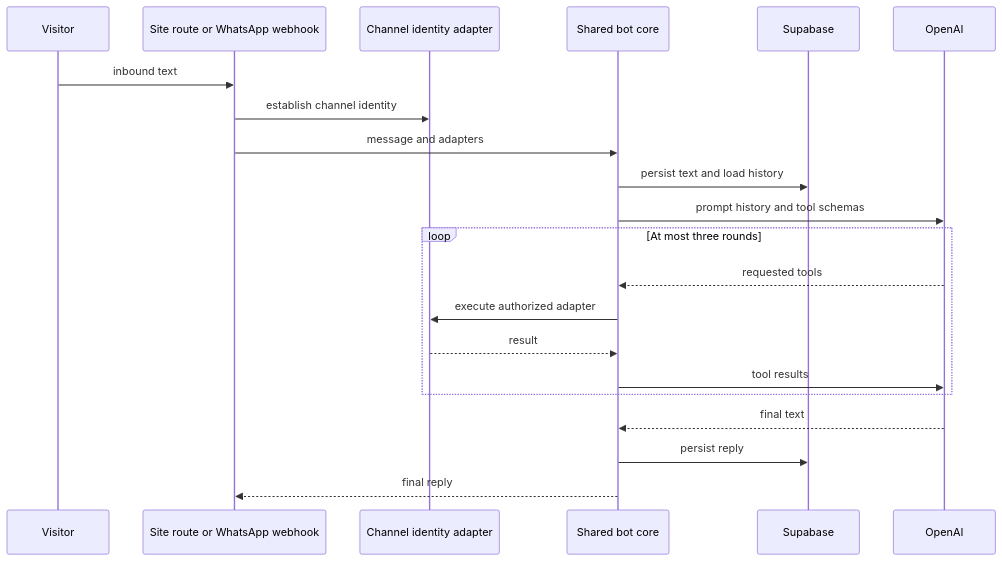
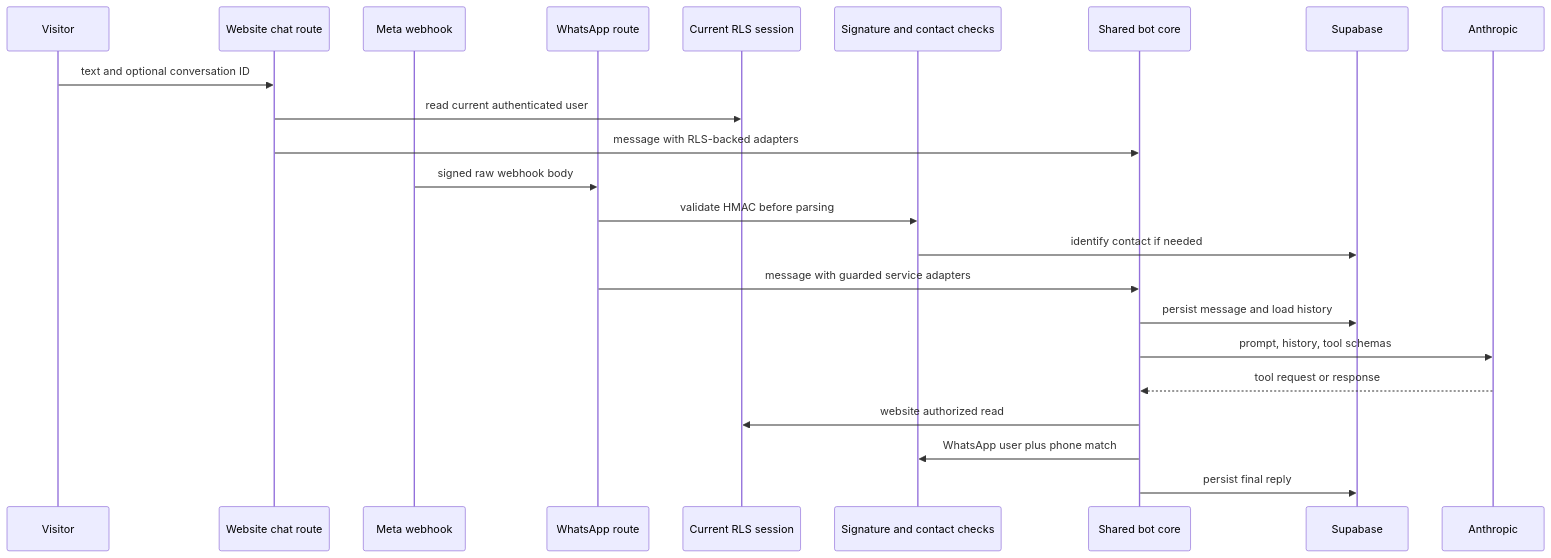
The diagram in openwiki/integrations/ai-assistance-and-customer-channels.md (Schneider-Gr/industria24hIA), drawn with Mermaid before and after one commit. The commit also changed other lines of this file and 34 other files, not shown here.

````diff
--- a/openwiki/integrations/ai-assistance-and-customer-channels.md
+++ b/openwiki/integrations/ai-assistance-and-customer-channels.md
@@ -98,24 +94,26 @@
 ```mermaid
 sequenceDiagram
     participant Visitor
-    participant Route as Site route or WhatsApp webhook
-    participant Guard as Channel identity adapter
+    participant Site as Website chat route
+    participant Meta as Meta webhook
+    participant WA as WhatsApp route
+    participant RLS as Current RLS session
+    participant Verify as Signature and contact checks
     participant Core as Shared bot core
-    participant Store as Supabase
-    participant Model as OpenAI
+    participant Data as Supabase
+    participant LLM as Anthropic
 
-    Visitor->>Route: inbound text
-    Route->>Guard: establish channel identity
-    Route->>Core: message and adapters
-    Core->>Store: persist text and load history
-    Core->>Model: prompt history and tool schemas
-    loop At most three rounds
-        Model-->>Core: requested tools
-        Core->>Guard: execute authorized adapter
-        Guard-->>Core: result
-        Core->>Model: tool results
-    end
-    Model-->>Core: final text
-    Core->>Store: persist reply
-    Core-->>Route: final reply
+    Visitor->>Site: text and optional conversation ID
+    Site->>RLS: read current authenticated user
+    Site->>Core: message with RLS-backed adapters
+    Meta->>WA: signed raw webhook body
+    WA->>Verify: validate HMAC before parsing
+    Verify->>Data: identify contact if needed
+    WA->>Core: message with guarded service adapters
+    Core->>Data: persist message and load history
+    Core->>LLM: prompt, history, tool schemas
+    LLM-->>Core: tool request or response
+    Core->>RLS: website authorized read
+    Core->>Verify: WhatsApp user plus phone match
+    Core->>Data: persist final reply
 ```
````
